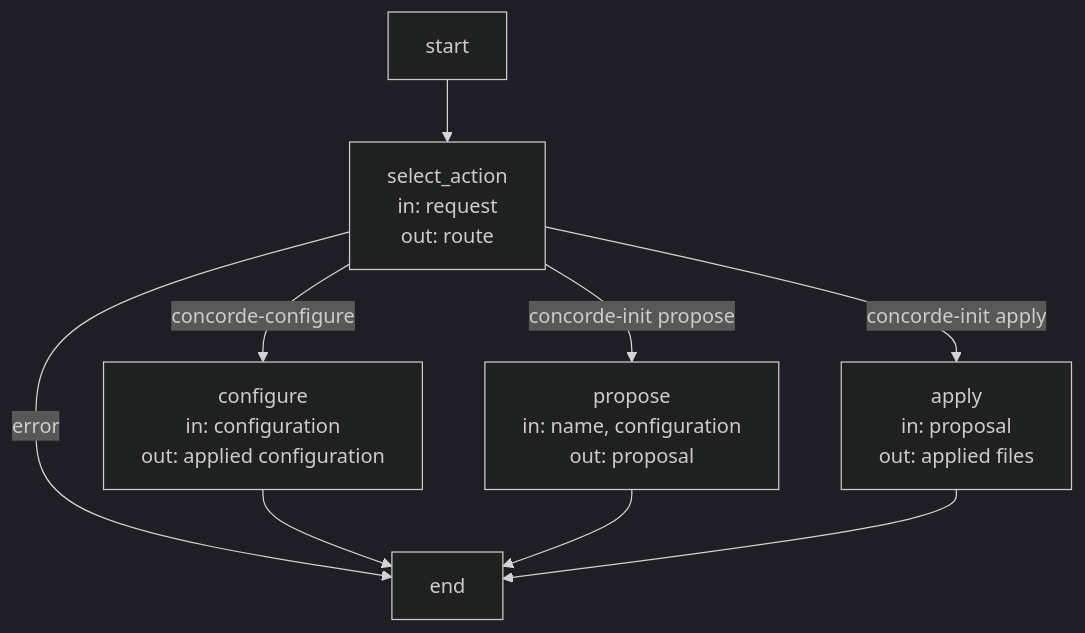
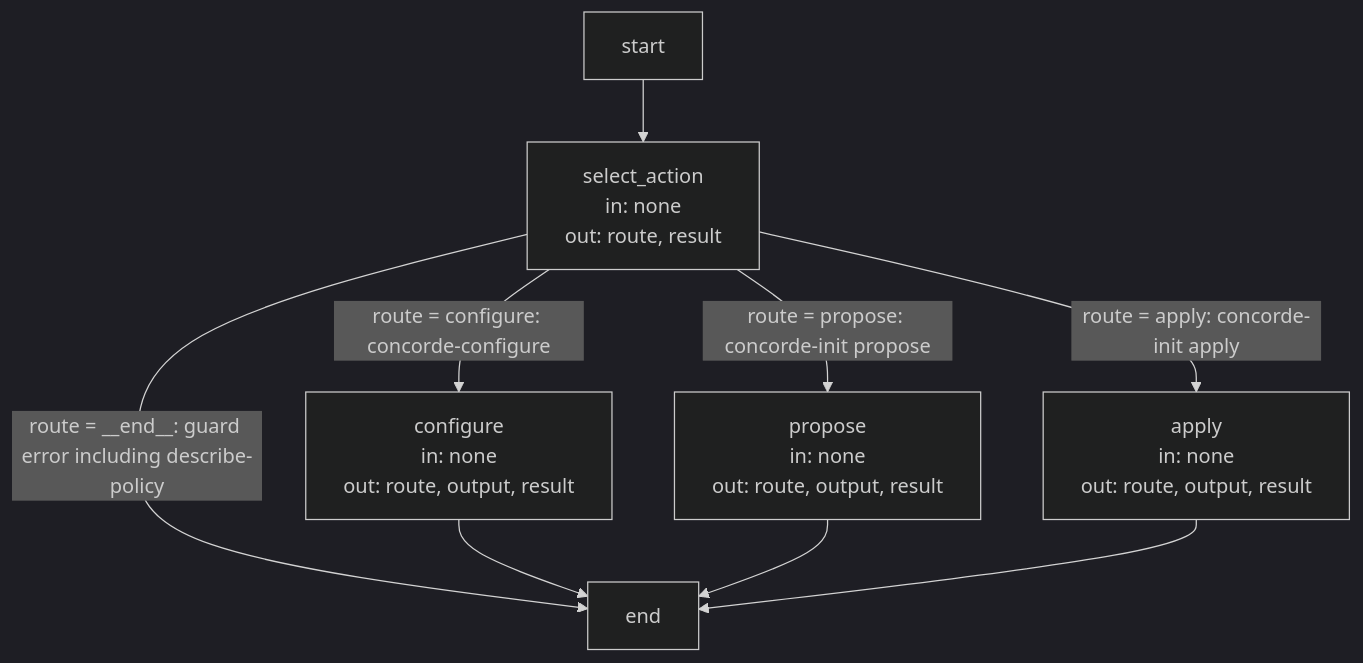
One commit to FTOD/concorde changed the diagram in specs/concorde/spec/contracts.md. Above: the diagram before and after it, drawn with Mermaid (dark theme). The commit also changed other lines of this file and 10 other files, not shown here.

Commit message:
docs: clarify LangGraph state and routing in operation diagrams

````diff
--- a/specs/concorde/spec/contracts.md
+++ b/specs/concorde/spec/contracts.md
@@ -326,20 +334,20 @@
 ```mermaid
 flowchart TB
     %% graph: project_graph
     accTitle: Project Graph
     accDescr: The operation selects configuration, an initialization proposal or its application; each ends the Graph with its typed response.
     __start__["start"]
-    select_action["select_action<br/>in: request<br/>out: route"]
-    configure["configure<br/>in: configuration<br/>out: applied configuration"]
-    propose["propose<br/>in: name, configuration<br/>out: proposal"]
-    apply["apply<br/>in: proposal<br/>out: applied files"]
+    select_action["select_action<br/>in: none<br/>out: route, result"]
+    configure["configure<br/>in: none<br/>out: route, output, result"]
+    propose["propose<br/>in: none<br/>out: route, output, result"]
+    apply["apply<br/>in: none<br/>out: route, output, result"]
     __end__["end"]
     __start__ --> select_action
-    select_action -->|concorde-configure| configure
-    select_action -->|concorde-init propose| propose
-    select_action -->|concorde-init apply| apply
-    select_action -->|error| __end__
+    select_action -->|route = configure: concorde-configure| configure
+    select_action -->|route = propose: concorde-init propose| propose
+    select_action -->|route = apply: concorde-init apply| apply
+    select_action -->|route = __end__: guard error including describe-policy| __end__
     configure --> __end__
     propose --> __end__
     apply --> __end__
 ```
````
